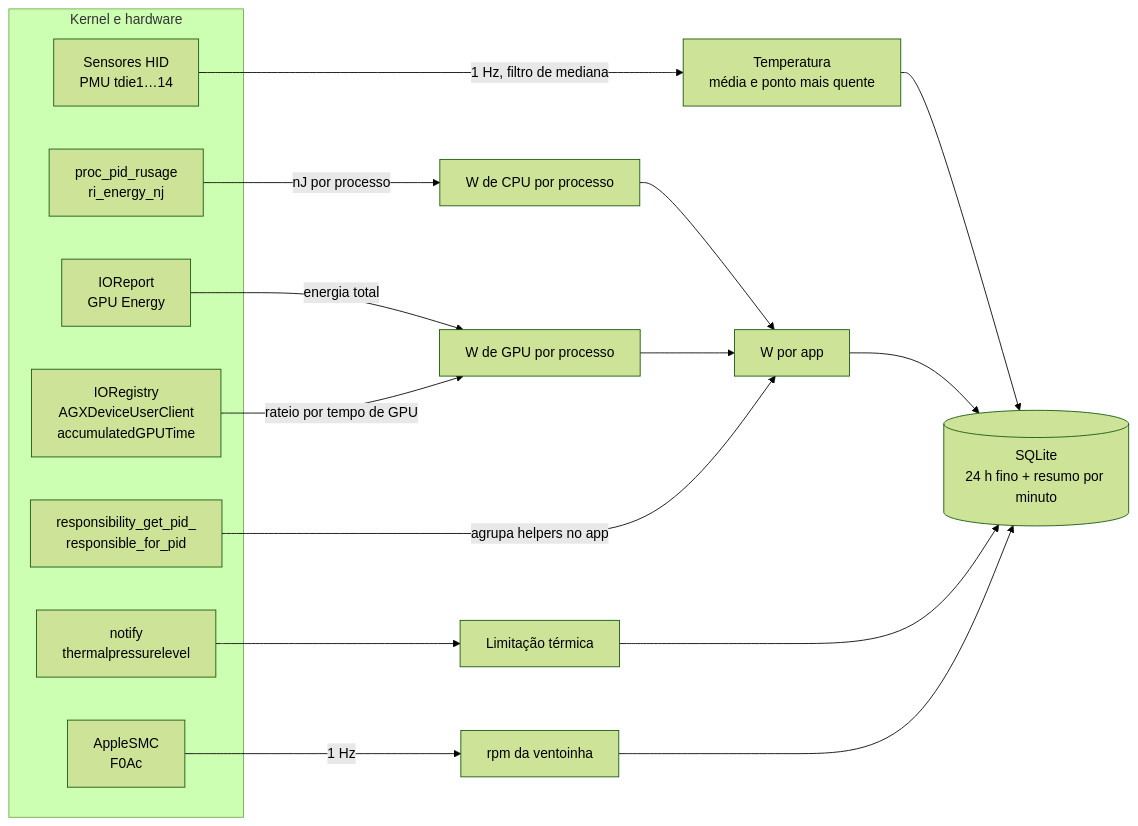
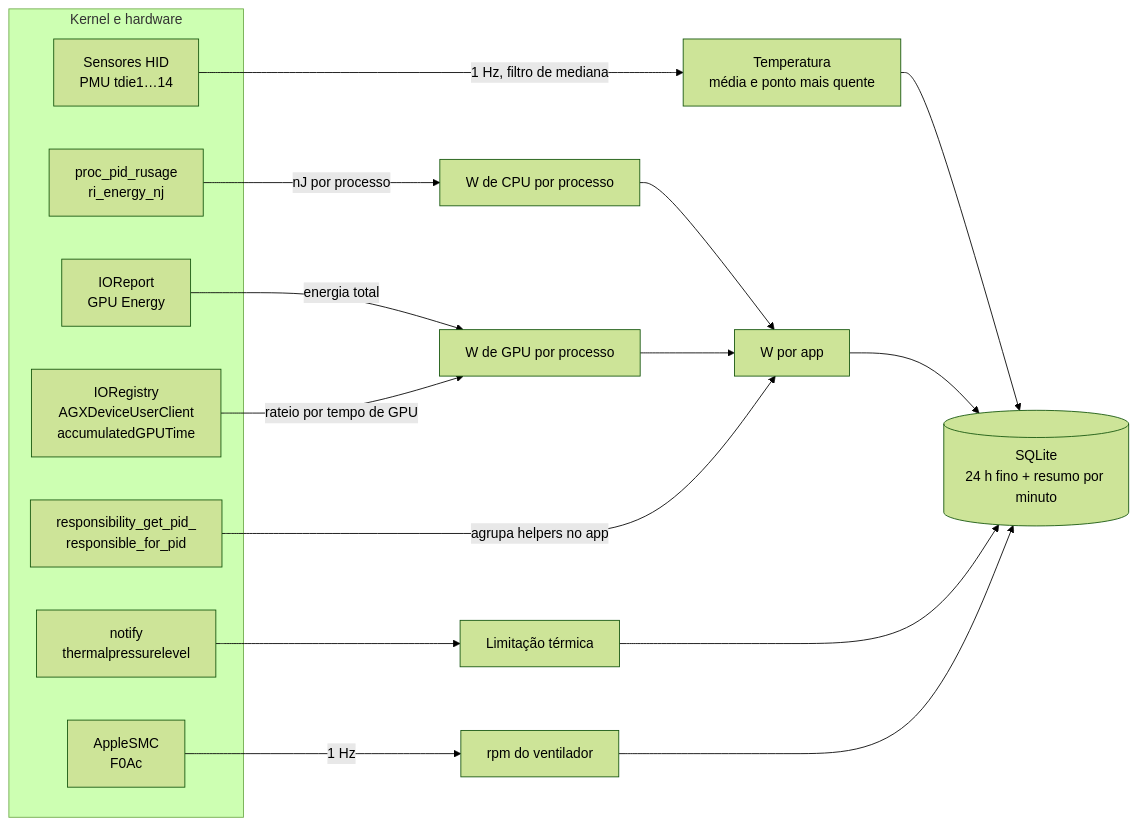
Before and after one commit to gbrlrg/termo-bar: the diagram in README.pt-BR.md, drawn with Mermaid (forest theme). The commit also changed other lines of this file and 15 other files, not shown here.

````diff
--- a/README.pt-BR.md
+++ b/README.pt-BR.md
@@ -68,25 +68,25 @@
 ```mermaid
 flowchart LR
     subgraph Kernel e hardware
         HID["Sensores HID<br/>PMU tdie1…14"]
         RU["proc_pid_rusage<br/>ri_energy_nj"]
         IOR["IOReport<br/>GPU Energy"]
         AGX["IORegistry<br/>AGXDeviceUserClient<br/>accumulatedGPUTime"]
         RESP["responsibility_get_pid_<br/>responsible_for_pid"]
         TP["notify<br/>thermalpressurelevel"]
         SMC["AppleSMC<br/>F0Ac"]
     end
     HID -->|"1 Hz, filtro de mediana"| T["Temperatura<br/>média e ponto mais quente"]
     RU -->|"nJ por processo"| CPU["W de CPU por processo"]
     IOR -->|"energia total"| GPU["W de GPU por processo"]
     AGX -->|"rateio por tempo de GPU"| GPU
     CPU --> APP["W por app"]
     GPU --> APP
     RESP -->|"agrupa helpers no app"| APP
     TP --> TH["Limitação térmica"]
     T --> DB[("SQLite<br/>24 h fino + resumo por minuto")]
     APP --> DB
     TH --> DB
-    SMC -->|"1 Hz"| FAN["rpm da ventoinha"]
+    SMC -->|"1 Hz"| FAN["rpm do ventilador"]
     FAN --> DB
 ```
````
